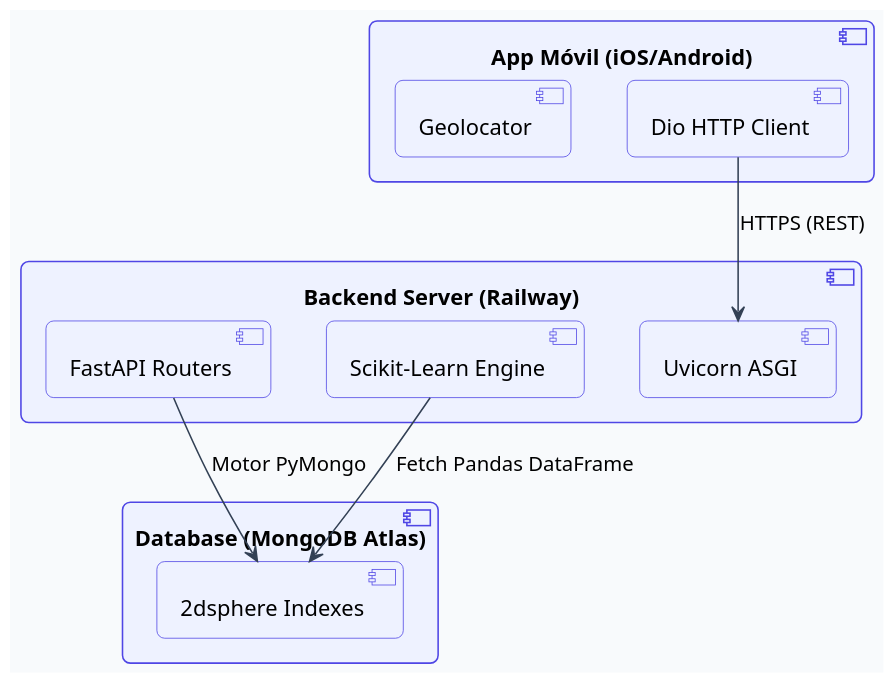
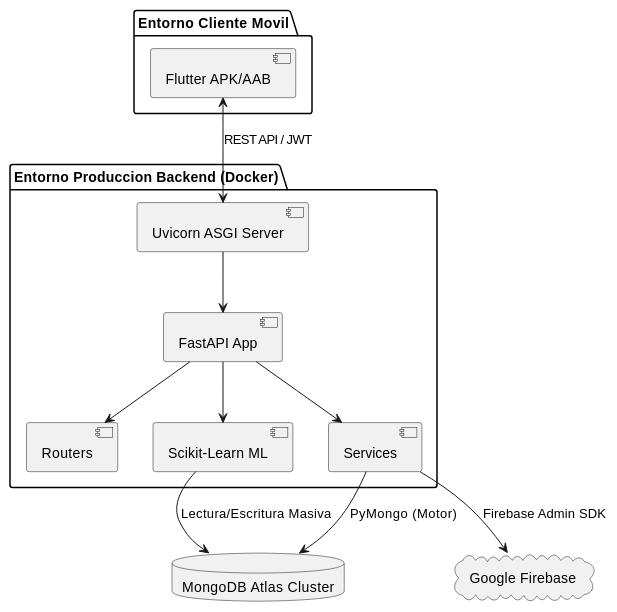
One commit to pieroalexanderppc/sgeo_pp changed the eighth of 10 diagrams in docs/FD04-EPIS-Informe SAD de Proyecto.md. Above: the diagram before and after it, drawn with PlantUML. The commit also changed other lines of this file and 1 other file, not shown here.

````diff
--- a/docs/FD04-EPIS-Informe SAD de Proyecto.md
+++ b/docs/FD04-EPIS-Informe SAD de Proyecto.md
@@ -281,33 +380,29 @@
 ```plantuml
 @startuml
 skinparam shadowing false
-skinparam roundcorner 10
-skinparam dpi 150
-skinparam defaultFontName Segoe UI
-skinparam backgroundColor #F8FAFC
-skinparam ArrowColor #334155
-skinparam ComponentBackgroundColor #EEF2FF
-skinparam ComponentBorderColor #4F46E5
-skinparam DatabaseBackgroundColor #ECFDF5
-skinparam DatabaseBorderColor #047857
 
-component "App Móvil (iOS/Android)" as App {
-  [Dio HTTP Client]
-  [Geolocator]
+package "Entorno Cliente Movil" {
+  component [Flutter APK/AAB] as UI
 }
 
-component "Backend Server (Railway)" as Server {
-  [Uvicorn ASGI]
-  [FastAPI Routers]
-  [Scikit-Learn Engine]
+package "Entorno Produccion Backend (Docker)" {
+  component [Uvicorn ASGI Server] as Uvicorn
+  component [FastAPI App] as FastAPI
+  component [Routers] as Routers
+  component [Services] as Services
+  component [Scikit-Learn ML] as ML
 }
 
-component "Database (MongoDB Atlas)" as DB {
-  [2dsphere Indexes]
-}
+database "MongoDB Atlas Cluster" as Mongo
+cloud "Google Firebase" as Firebase
 
-[Dio HTTP Client] --> [Uvicorn ASGI] : HTTPS (REST)
-[FastAPI Routers] --> [2dsphere Indexes] : Motor PyMongo
-[Scikit-Learn Engine] --> [2dsphere Indexes] : Fetch Pandas DataFrame
+UI <--> Uvicorn : REST API / JWT
+Uvicorn --> FastAPI
+FastAPI --> Routers
+FastAPI --> Services
+FastAPI --> ML
+Services --> Mongo : PyMongo (Motor)
+ML --> Mongo : Lectura/Escritura Masiva
+Services --> Firebase : Firebase Admin SDK
 @enduml
 ```
````
